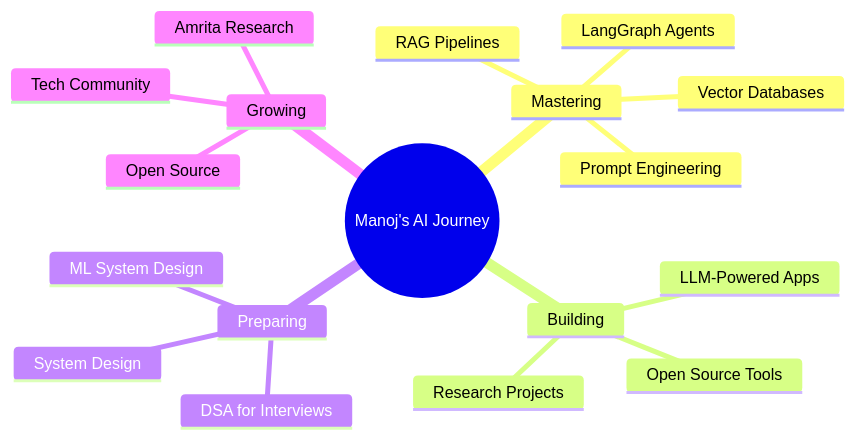
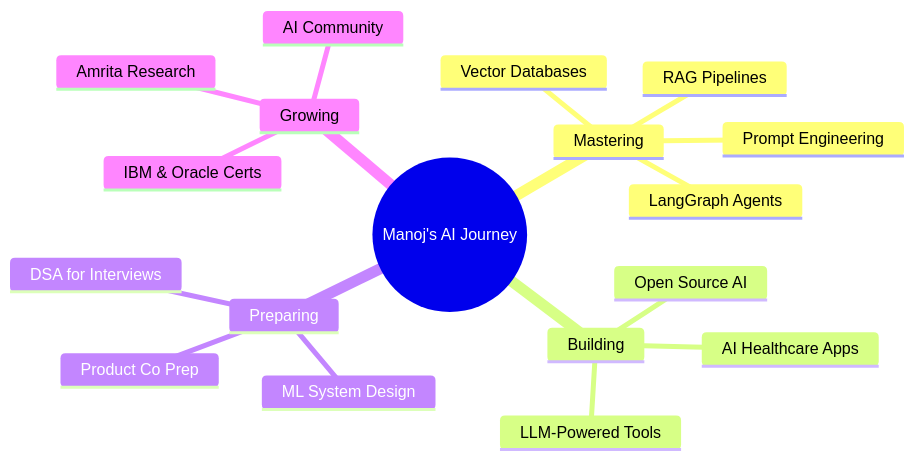
One commit to manojkothakota/manojkothakota changed the diagram in README.md. Above: the diagram before and after it, drawn with Mermaid. The commit also changed other lines of this file, not shown here.

````diff
--- a/README.md
+++ b/README.md
@@ -182,21 +190,21 @@
 ```mermaid
 mindmap
   root((Manoj's AI Journey))
     Mastering
       RAG Pipelines
       LangGraph Agents
       Vector Databases
       Prompt Engineering
     Building
-      LLM-Powered Apps
-      Research Projects
-      Open Source Tools
+      AI Healthcare Apps
+      LLM-Powered Tools
+      Open Source AI
     Preparing
       DSA for Interviews
-      System Design
       ML System Design
+      Product Co Prep
     Growing
       Amrita Research
-      Open Source
-      Tech Community
+      IBM & Oracle Certs
+      AI Community
 ```
````
